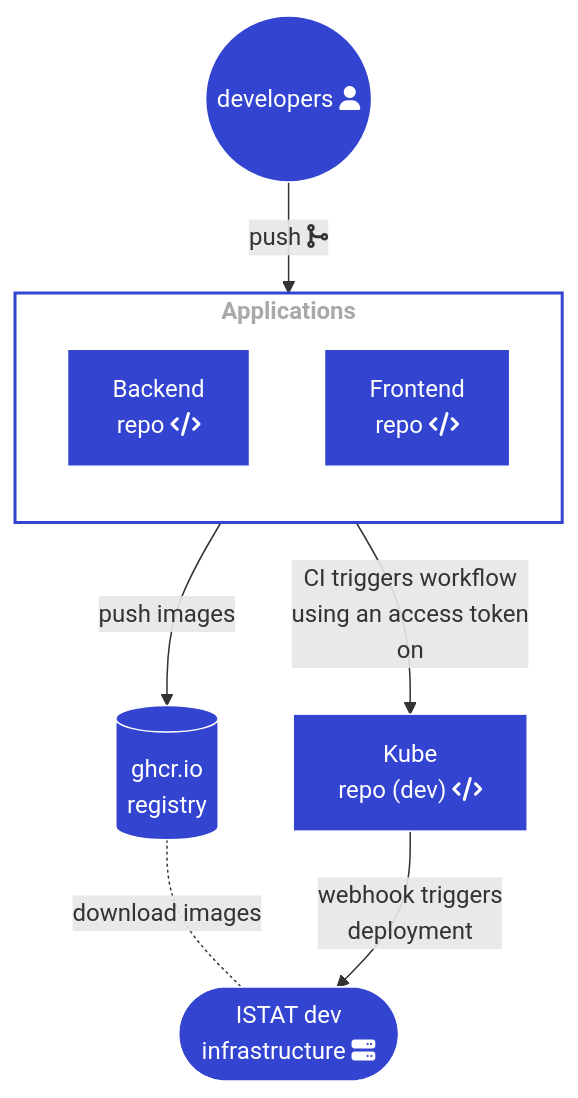
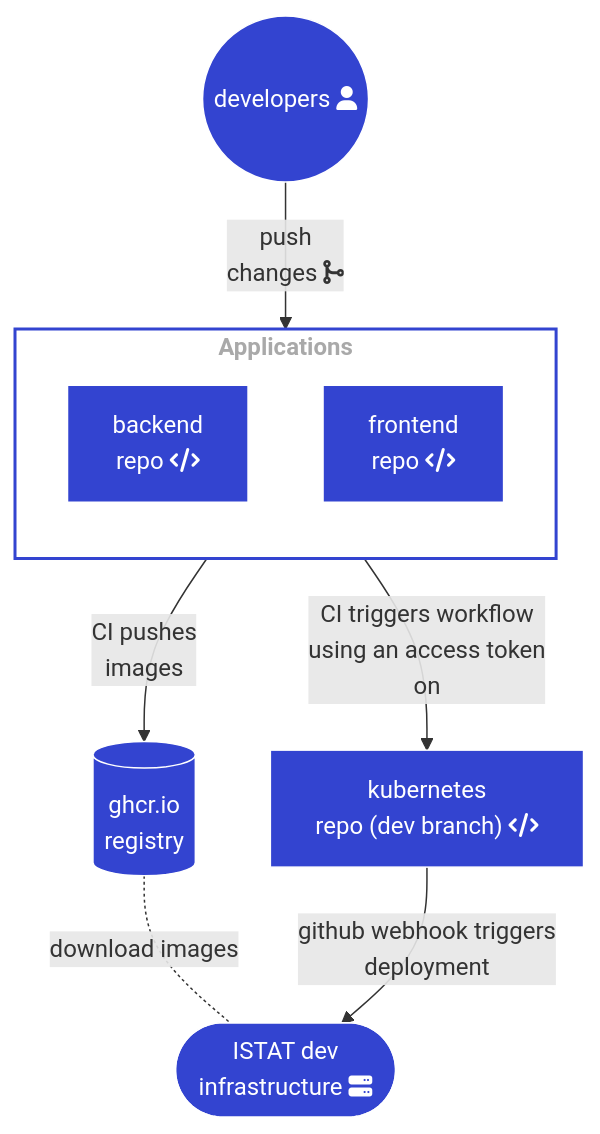
The diagram in README.md (teamdigitale/dati-semantic-kubernetes), drawn with Mermaid before and after one commit. The commit also changed other lines of this file, not shown here.

Commit message:
Improve graph

````diff
--- a/README.md
+++ b/README.md
@@ -21,29 +20,29 @@
 ```mermaid
 flowchart
 
     classDef default stroke:white,color:#fff,clusterBkg:none,fill:#3344d0
     classDef cluster font-weight: bold,fill:none,color:darkgray,stroke:#3344d0,stroke-width:2px
     classDef subgraph_padding fill:none, stroke:none, opacity:0
     classDef bounded_context stroke-dasharray:5 5
 
 dev((developers fa:fa-user))
-BE["Backend\nrepo fa:fa-code"]
-FE["Frontend\nrepo fa:fa-code"]
-KUBE["Kube\nrepo (dev) fa:fa-code"]
+BE["backend\nrepo fa:fa-code"]
+FE["frontend\nrepo fa:fa-code"]
+KUBE["kubernetes\nrepo (dev branch) fa:fa-code"]
 Registry[(ghcr.io\nregistry)]
 
 subgraph Applications
 direction TB
 FE
 BE
 end
 
 Registry -.- |download images| INFRA
-dev -->|push fa:fa-code-merge| Applications
+dev -->|push\n changes fa:fa-code-merge| Applications
 Applications -->|CI triggers workflow\nusing an access token\n on| KUBE
-Applications -->|push images| Registry
+Applications -->|CI pushes\nimages| Registry
 click KUBE "https://github.com/teamdigitale/dati-semantic-frontend/blob/main/.github/workflows/node.js.yml#L137" "Github Action"
-KUBE --> |webhook triggers\ndeployment| INFRA([ISTAT dev\ninfrastructure fa:fa-server])
+KUBE --> |github webhook triggers\ndeployment| INFRA([ISTAT dev\ninfrastructure fa:fa-server])
 
 
 ```
````
